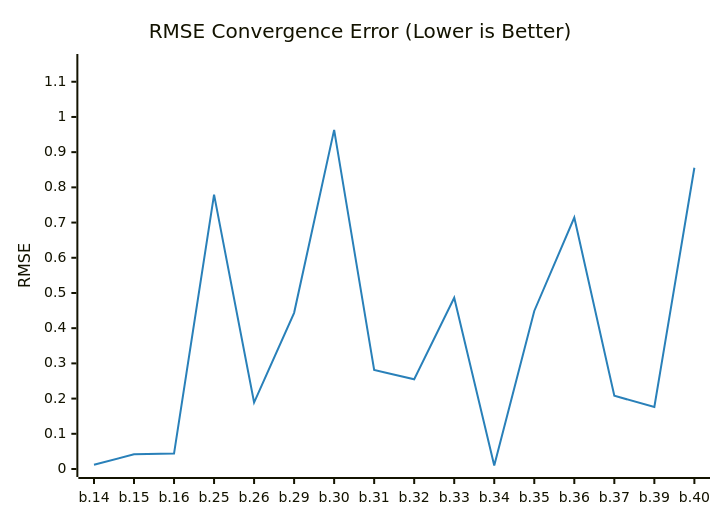
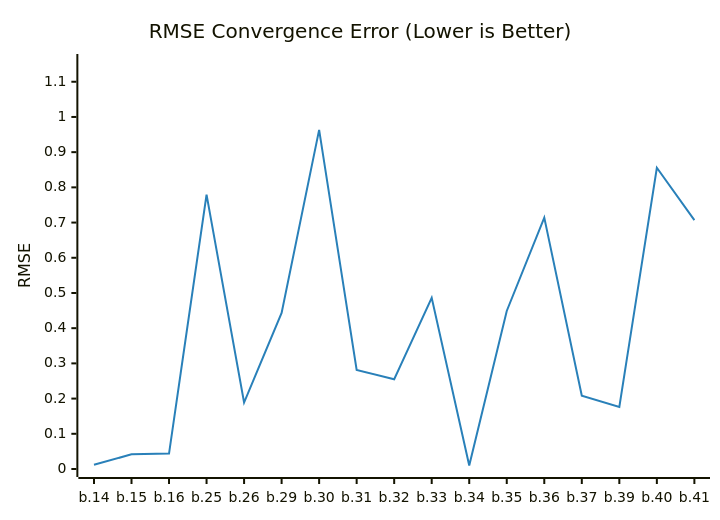
The diagram in README.md (timo-eberl/tracy), drawn with Mermaid before and after one commit. The commit also changed other lines of this file and 3 other files, not shown here.

````diff
--- a/README.md
+++ b/README.md
@@ -13,14 +13,14 @@
 ```mermaid
 ---
 config:
     theme: base
     themeVariables:
         xyChart:
             plotColorPalette: "#2980b9"
 ---
 xychart-beta
     title "RMSE Convergence Error (Lower is Better)"
-    x-axis ["b.14", "b.15", "b.16", "b.25", "b.26", "b.29", "b.30", "b.31", "b.32", "b.33", "b.34", "b.35", "b.36", "b.37", "b.39", "b.40"]
+    x-axis ["b.14", "b.15", "b.16", "b.25", "b.26", "b.29", "b.30", "b.31", "b.32", "b.33", "b.34", "b.35", "b.36", "b.37", "b.39", "b.40", "b.41"]
     y-axis "RMSE" 0 --> 1.1561
-    line [0.012064, 0.041607, 0.043946, 0.7793, 0.1888, 0.4436, 0.9634, 0.2812, 0.2549, 0.4864, 0.0098, 0.4489, 0.7142, 0.2079, 0.1763, 0.8557]
+    line [0.012064, 0.041607, 0.043946, 0.7793, 0.1888, 0.4436, 0.9634, 0.2812, 0.2549, 0.4864, 0.0098, 0.4489, 0.7142, 0.2079, 0.1763, 0.8557, 0.7071]
 ```
````
